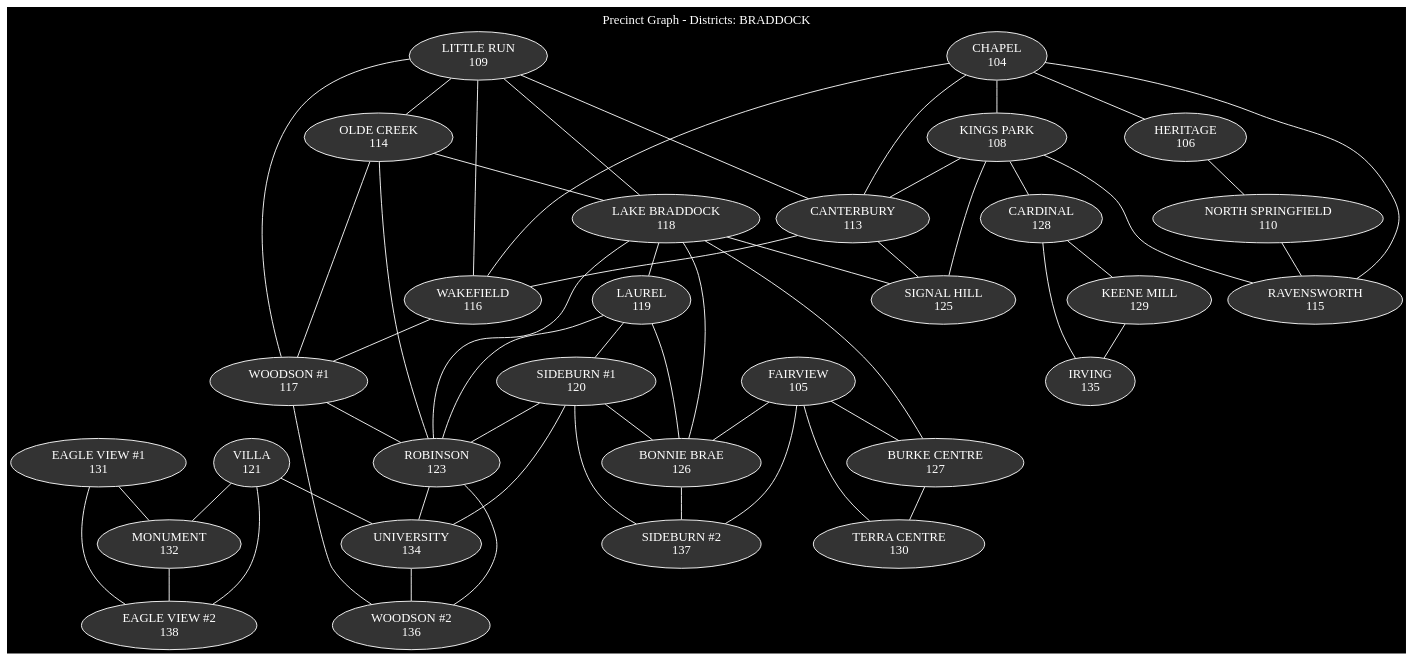
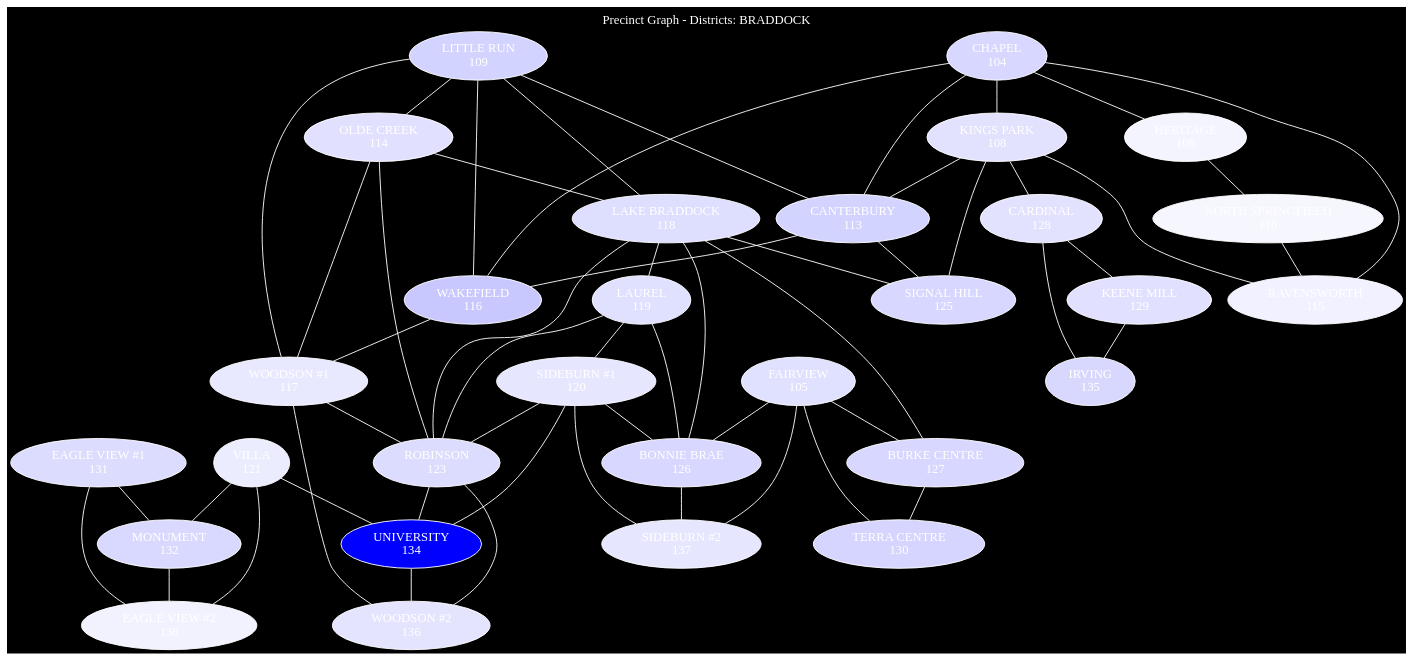
The diagram in data/precinct_graph.dot (osistlk/Documents), drawn with Graphviz before and after one commit. The commit also changed 2 other files, not shown here.

Commit message:
Refactor precinct graph generation to improve color handling and formatting

```diff
--- a/data/precinct_graph.dot
+++ b/data/precinct_graph.dot
@@ -1,91 +1,91 @@
 graph precinct_graph {
-label="Precinct Graph - Districts: BRADDOCK";
-labelloc="t";
-fontcolor="white";
-bgcolor="black";
-node [shape=ellipse, fontcolor="white", color="white", style="filled", fillcolor="gray20"];
-edge [color="white"];
-138 [label="EAGLE VIEW #2\n138"];
-137 [label="SIDEBURN #2\n137"];
-136 [label="WOODSON #2\n136"];
-135 [label="IRVING\n135"];
-134 [label="UNIVERSITY\n134"];
-134 -- 136;
-132 [label="MONUMENT\n132"];
-132 -- 138;
-131 [label="EAGLE VIEW #1\n131"];
-131 -- 132;
-131 -- 138;
-130 [label="TERRA CENTRE\n130"];
-129 [label="KEENE MILL\n129"];
-129 -- 135;
-128 [label="CARDINAL\n128"];
-128 -- 129;
-128 -- 135;
-127 [label="BURKE CENTRE\n127"];
-127 -- 130;
-126 [label="BONNIE BRAE\n126"];
-126 -- 137;
-125 [label="SIGNAL HILL\n125"];
-123 [label="ROBINSON\n123"];
-123 -- 134;
-123 -- 136;
-121 [label="VILLA\n121"];
-121 -- 132;
-121 -- 134;
-121 -- 138;
-120 [label="SIDEBURN #1\n120"];
-120 -- 123;
-120 -- 126;
-120 -- 134;
-120 -- 137;
-119 [label="LAUREL\n119"];
-119 -- 120;
-119 -- 123;
-119 -- 126;
-118 [label="LAKE BRADDOCK\n118"];
-118 -- 119;
-118 -- 123;
-118 -- 125;
-118 -- 126;
-118 -- 127;
-117 [label="WOODSON #1\n117"];
-117 -- 123;
-117 -- 136;
-116 [label="WAKEFIELD\n116"];
-116 -- 117;
-115 [label="RAVENSWORTH\n115"];
-114 [label="OLDE CREEK\n114"];
-114 -- 117;
-114 -- 118;
-114 -- 123;
-113 [label="CANTERBURY\n113"];
-113 -- 116;
-113 -- 125;
-110 [label="NORTH SPRINGFIELD\n110"];
-110 -- 115;
-109 [label="LITTLE RUN\n109"];
-109 -- 113;
-109 -- 114;
-109 -- 116;
-109 -- 117;
-109 -- 118;
-108 [label="KINGS PARK\n108"];
-108 -- 113;
-108 -- 115;
-108 -- 125;
-108 -- 128;
-106 [label="HERITAGE\n106"];
-106 -- 110;
-105 [label="FAIRVIEW\n105"];
-105 -- 126;
-105 -- 127;
-105 -- 130;
-105 -- 137;
-104 [label="CHAPEL\n104"];
-104 -- 106;
-104 -- 108;
-104 -- 113;
-104 -- 115;
-104 -- 116;
+    label = "Precinct Graph - Districts: BRADDOCK";
+    labelloc = "t";
+    fontcolor = "white";
+    bgcolor = "black";
+    node [shape = ellipse; fontcolor = "white"; color = "white"; style = "filled"; fillcolor = "gray20";];
+    edge [color = "white";];
+    138 [label = "EAGLE VIEW #2\n138";fillcolor = "#f2f2ff";];
+    137 [label = "SIDEBURN #2\n137";fillcolor = "#e6e6ff";];
+    136 [label = "WOODSON #2\n136";fillcolor = "#e4e4ff";];
+    135 [label = "IRVING\n135";fillcolor = "#d8d8ff";];
+    134 [label = "UNIVERSITY\n134";fillcolor = "#0000ff";];
+    134 -- 136;
+    132 [label = "MONUMENT\n132";fillcolor = "#d9d9ff";];
+    132 -- 138;
+    131 [label = "EAGLE VIEW #1\n131";fillcolor = "#dcdcff";];
+    131 -- 132;
+    131 -- 138;
+    130 [label = "TERRA CENTRE\n130";fillcolor = "#d5d5ff";];
+    129 [label = "KEENE MILL\n129";fillcolor = "#e1e1ff";];
+    129 -- 135;
+    128 [label = "CARDINAL\n128";fillcolor = "#e2e2ff";];
+    128 -- 129;
+    128 -- 135;
+    127 [label = "BURKE CENTRE\n127";fillcolor = "#d7d7ff";];
+    127 -- 130;
+    126 [label = "BONNIE BRAE\n126";fillcolor = "#d7d7ff";];
+    126 -- 137;
+    125 [label = "SIGNAL HILL\n125";fillcolor = "#d7d7ff";];
+    123 [label = "ROBINSON\n123";fillcolor = "#dcdcff";];
+    123 -- 134;
+    123 -- 136;
+    121 [label = "VILLA\n121";fillcolor = "#ececff";];
+    121 -- 132;
+    121 -- 134;
+    121 -- 138;
+    120 [label = "SIDEBURN #1\n120";fillcolor = "#e6e6ff";];
+    120 -- 123;
+    120 -- 126;
+    120 -- 134;
+    120 -- 137;
+    119 [label = "LAUREL\n119";fillcolor = "#e0e0ff";];
+    119 -- 120;
+    119 -- 123;
+    119 -- 126;
+    118 [label = "LAKE BRADDOCK\n118";fillcolor = "#dedeff";];
+    118 -- 119;
+    118 -- 123;
+    118 -- 125;
+    118 -- 126;
+    118 -- 127;
+    117 [label = "WOODSON #1\n117";fillcolor = "#e8e8ff";];
+    117 -- 123;
+    117 -- 136;
+    116 [label = "WAKEFIELD\n116";fillcolor = "#c8c8ff";];
+    116 -- 117;
+    115 [label = "RAVENSWORTH\n115";fillcolor = "#f1f1ff";];
+    114 [label = "OLDE CREEK\n114";fillcolor = "#e1e1ff";];
+    114 -- 117;
+    114 -- 118;
+    114 -- 123;
+    113 [label = "CANTERBURY\n113";fillcolor = "#d3d3ff";];
+    113 -- 116;
+    113 -- 125;
+    110 [label = "NORTH SPRINGFIELD\n110";fillcolor = "#f6f6ff";];
+    110 -- 115;
+    109 [label = "LITTLE RUN\n109";fillcolor = "#d3d3ff";];
+    109 -- 113;
+    109 -- 114;
+    109 -- 116;
+    109 -- 117;
+    109 -- 118;
+    108 [label = "KINGS PARK\n108";fillcolor = "#e2e2ff";];
+    108 -- 113;
+    108 -- 115;
+    108 -- 125;
+    108 -- 128;
+    106 [label = "HERITAGE\n106";fillcolor = "#f4f4ff";];
+    106 -- 110;
+    105 [label = "FAIRVIEW\n105";fillcolor = "#e0e0ff";];
+    105 -- 126;
+    105 -- 127;
+    105 -- 130;
+    105 -- 137;
+    104 [label = "CHAPEL\n104";fillcolor = "#d7d7ff";];
+    104 -- 106;
+    104 -- 108;
+    104 -- 113;
+    104 -- 115;
+    104 -- 116;
 }
```
